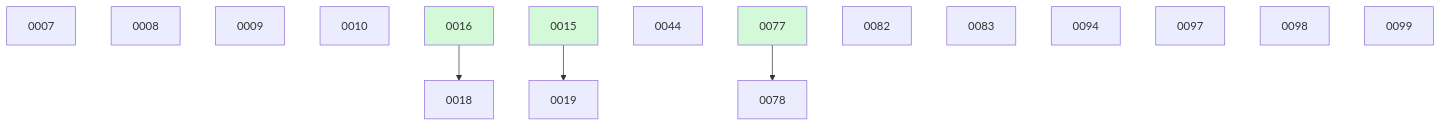
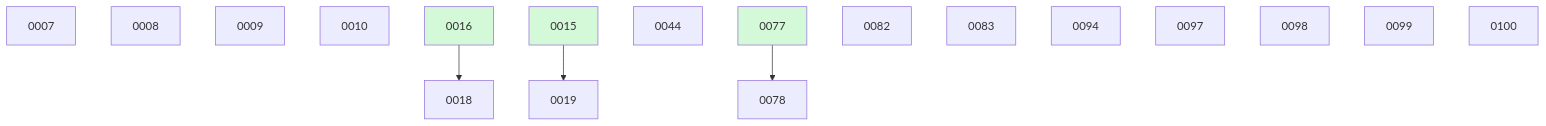
Before and after one commit to danielhanold/docket: the diagram in docs/changes/BOARD.md, drawn with Mermaid. The commit also changed other lines of this file, not shown here.

````diff
--- a/docs/changes/BOARD.md
+++ b/docs/changes/BOARD.md
@@ -39,21 +40,22 @@
 ```mermaid
 graph TD
   0007
   0008
   0009
   0010
   0016 --> 0018
   0015 --> 0019
   0044
   0077 --> 0078
   0082
   0083
   0094
   0097
   0098
   0099
+  0100
   0015:::done
   0016:::done
   0077:::done
   classDef done fill:#d3f9d8;
 ```
````
